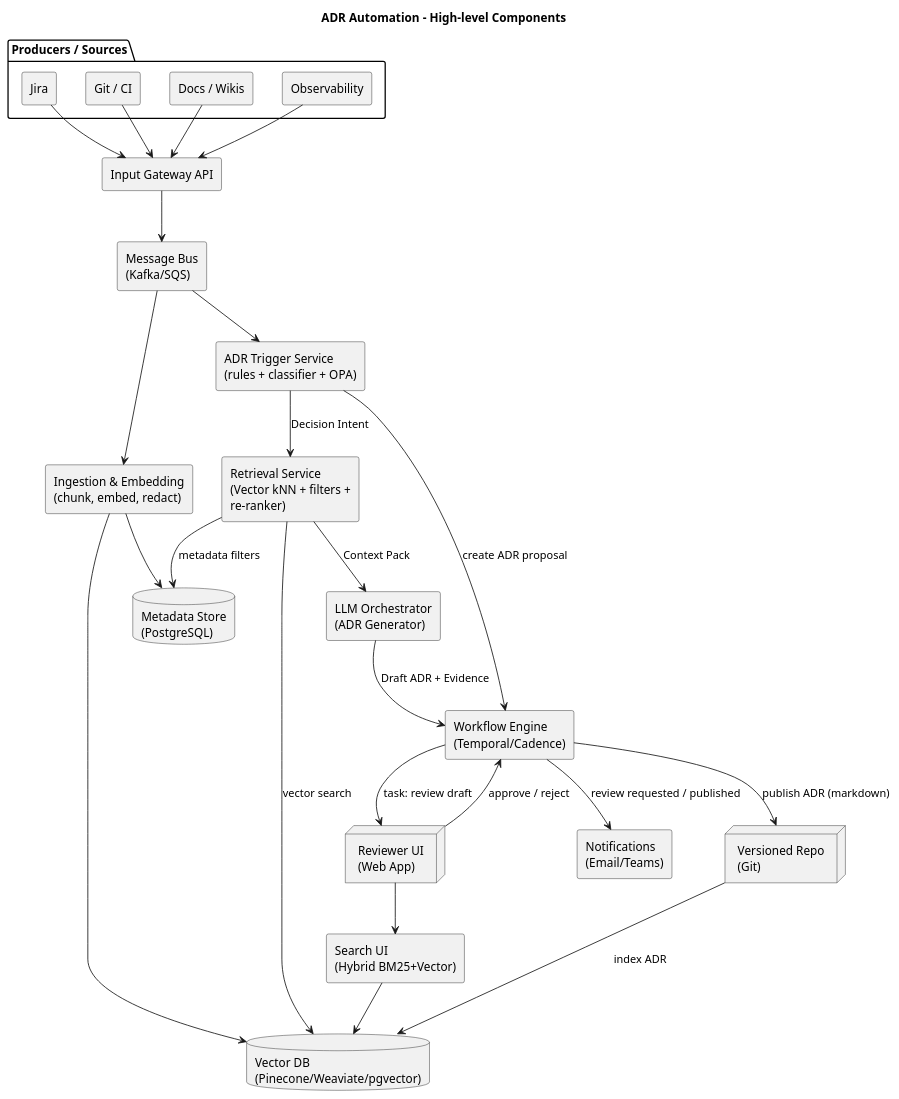
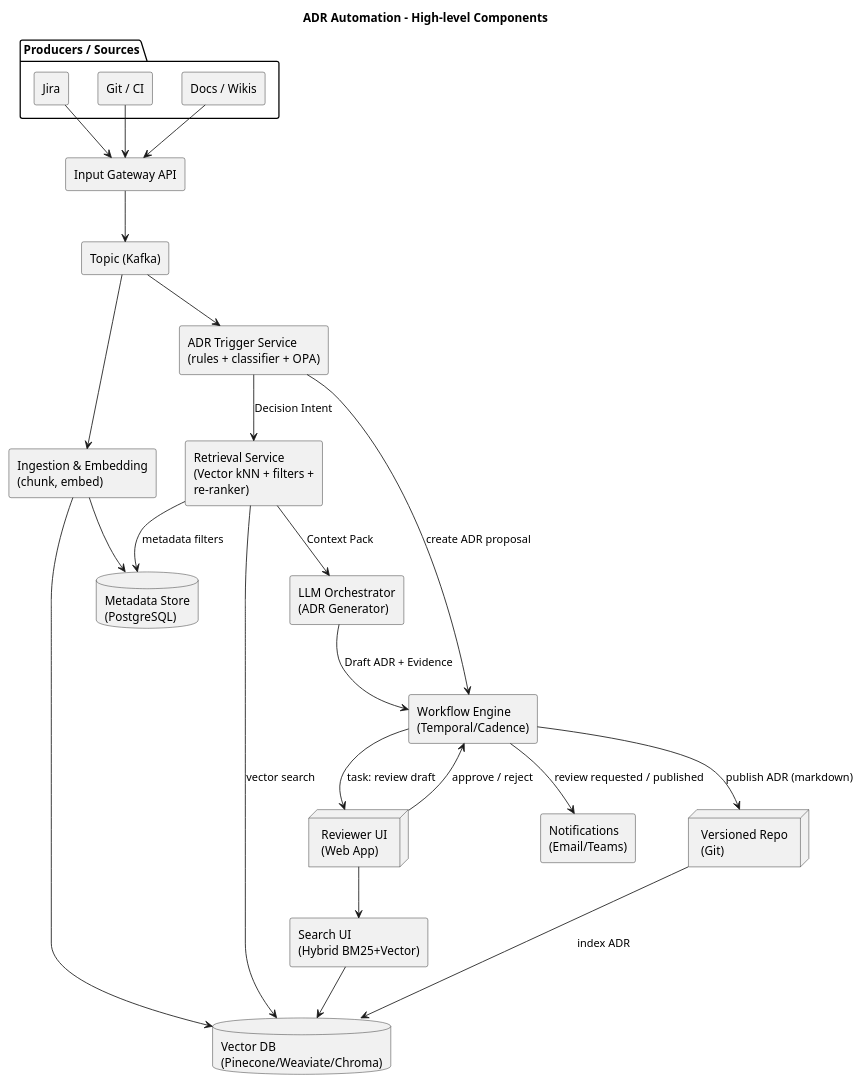
Before and after one commit to dblanari/ADR-Copilot: the diagram in docs/ADR-version2.puml, drawn with PlantUML.

Commit message:
simplify

```diff
--- a/docs/ADR-version2.puml
+++ b/docs/ADR-version2.puml
@@ -1,59 +1,57 @@
 @startuml
 skinparam componentStyle rectangle
 skinparam wrapWidth 200
 title ADR Automation – High-level Components
 
 package "Producers / Sources" {
   [Jira] as JIRA
   [Git / CI] as GIT
   [Docs / Wikis] as DOCS
-  [Observability] as OBS
 }
 
 component "Input Gateway API" as GATEWAY
-component "Message Bus\n(Kafka/SQS)" as BUS
-component "Ingestion & Embedding\n(chunk, embed, redact)" as INGEST
-database "Vector DB\n(Pinecone/Weaviate/pgvector)" as VDB
+component "Topic (Kafka)" as BUS
+component "Ingestion & Embedding\n(chunk, embed)" as INGEST
+database "Vector DB\n(Pinecone/Weaviate/Chroma)" as VDB
 database "Metadata Store\n(PostgreSQL)" as SQL
 component "ADR Trigger Service\n(rules + classifier + OPA)" as TRIGGER
 component "Retrieval Service\n(Vector kNN + filters + re-ranker)" as RETR
 component "LLM Orchestrator\n(ADR Generator)" as LLM
 component "Workflow Engine\n(Temporal/Cadence)" as WF
 node "Reviewer UI\n(Web App)" as UI
 component "Notifications\n(Email/Teams)" as NOTIF
 node "Versioned Repo\n(Git)" as GITREPO
 component "Search UI\n(Hybrid BM25+Vector)" as SEARCH
 
 JIRA --> GATEWAY
 GIT --> GATEWAY
 DOCS --> GATEWAY
-OBS --> GATEWAY
 
 GATEWAY --> BUS
 BUS --> INGEST
 INGEST --> VDB
 INGEST --> SQL
 
 ' Triggers on events or labels
 BUS --> TRIGGER
 TRIGGER --> WF : create ADR proposal
 
 ' Retrieval and generation path
 TRIGGER --> RETR : Decision Intent
 RETR --> VDB : vector search
 RETR --> SQL : metadata filters
 RETR --> LLM : Context Pack
 
 LLM --> WF : Draft ADR + Evidence
 
 ' Human-in-the-loop
 WF --> UI : task: review draft
 UI --> WF : approve / reject
 WF --> GITREPO : publish ADR (markdown)
 GITREPO --> VDB : index ADR
 SEARCH --> VDB
 UI --> SEARCH
 
 ' Notifications
 WF --> NOTIF : review requested / published
 @enduml
```
